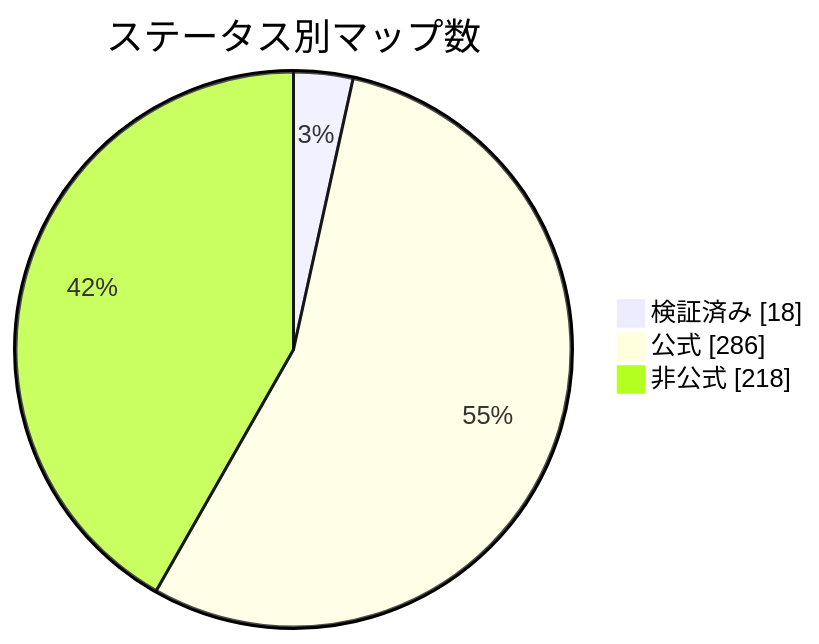
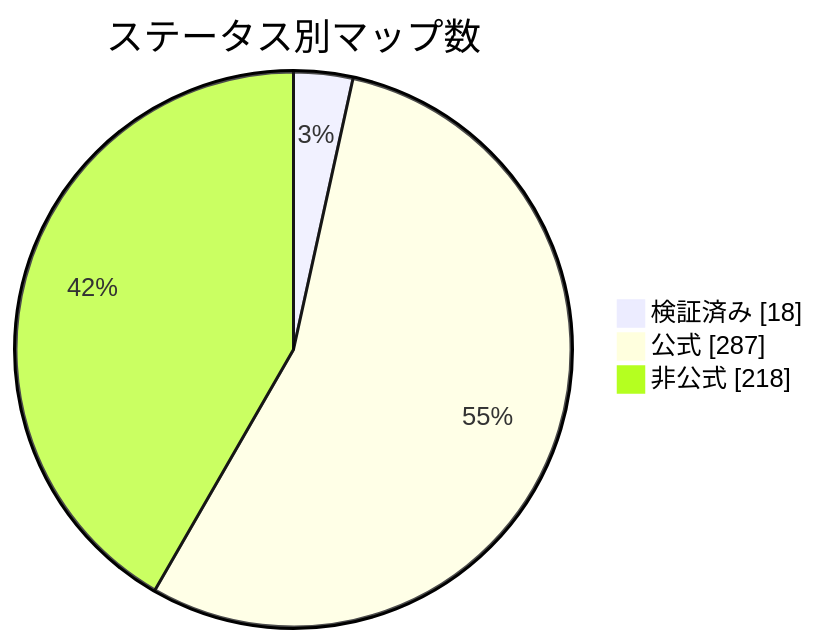
One commit to nobrega8/mbmap-library changed the diagram in docs/readme/README_JP.md. Above: the diagram before and after it, drawn with Mermaid. The commit also changed 5 other files, not shown here.

````diff
--- a/docs/readme/README_JP.md
+++ b/docs/readme/README_JP.md
@@ -54,7 +54,7 @@
 ```mermaid
 pie showData
     title ステータス別マップ数
     "検証済み" : 18
-    "公式" : 286
+    "公式" : 287
     "非公式" : 218
 ```
````
